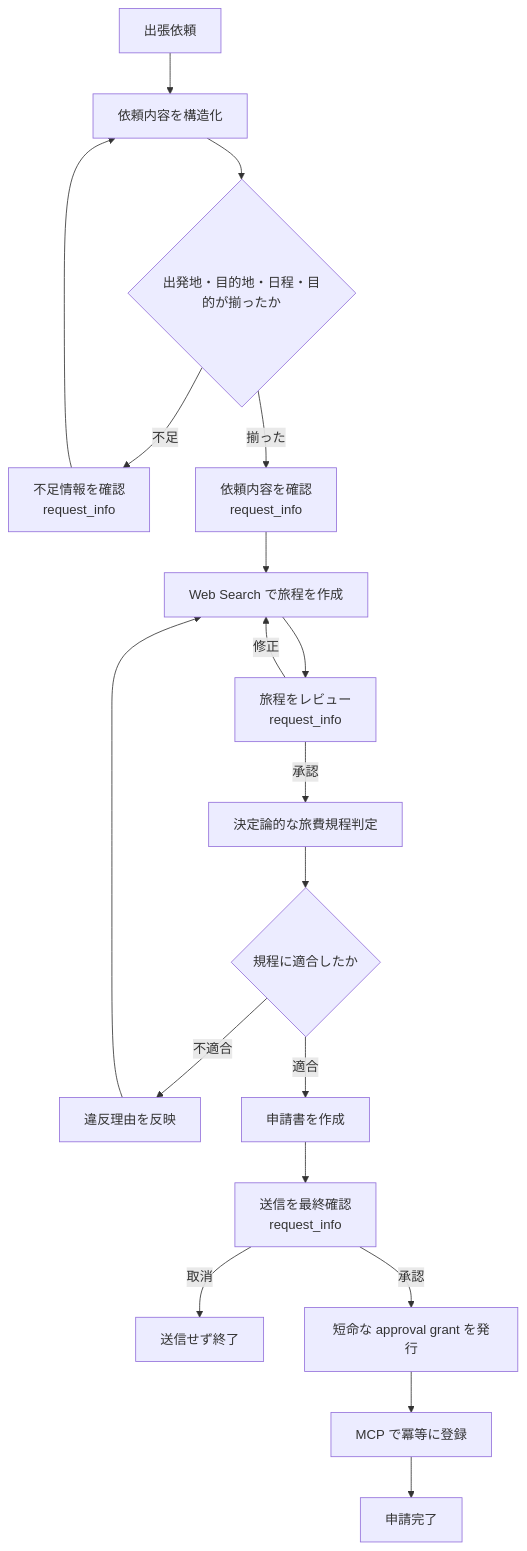
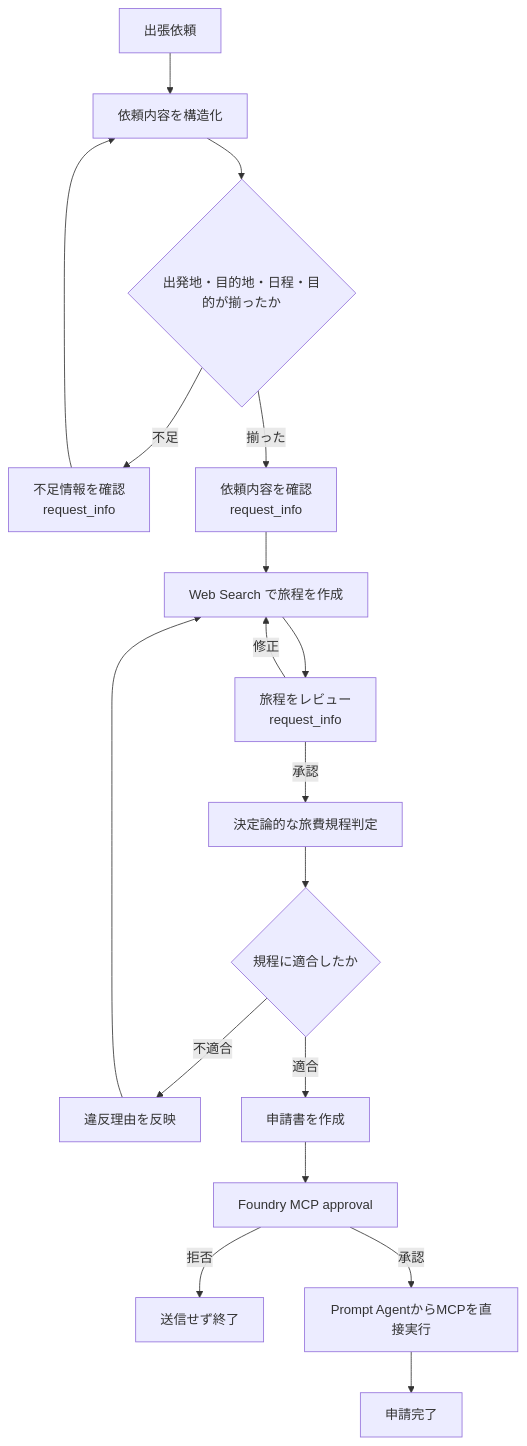
Before and after one commit to teshi22/grobal_azure_demo: the second of 2 diagrams in README.md, drawn with Mermaid. The commit also changed other lines of this file and 26 other files, not shown here.

Commit message:
feat: let prompt agent own MCP approval

````diff
--- a/README.md
+++ b/README.md
@@ -121,19 +123,18 @@
 ```mermaid
 flowchart TD
     Start["出張依頼"] --> Clarify["依頼内容を構造化"]
     Clarify --> Complete{"出発地・目的地・日程・目的が揃ったか"}
     Complete -->|不足| Ask["不足情報を確認<br/>request_info"] --> Clarify
     Complete -->|揃った| Confirm["依頼内容を確認<br/>request_info"]
     Confirm --> Plan["Web Search で旅程を作成"]
     Plan --> Review["旅程をレビュー<br/>request_info"]
     Review -->|修正| Plan
     Review -->|承認| Rules["決定論的な旅費規程判定"]
     Rules --> Compliant{"規程に適合したか"}
     Compliant -->|不適合| Replan["違反理由を反映"] --> Plan
     Compliant -->|適合| Document["申請書を作成"]
-    Document --> SubmitConfirm["送信を最終確認<br/>request_info"]
-    SubmitConfirm -->|取消| Cancel["送信せず終了"]
-    SubmitConfirm -->|承認| Grant["短命な approval grant を発行"]
-    Grant --> MCP["MCP で冪等に登録"]
+    Document --> MCPApproval["Foundry MCP approval"]
+    MCPApproval -->|拒否| Cancel["送信せず終了"]
+    MCPApproval -->|承認| MCP["Prompt AgentからMCPを直接実行"]
     MCP --> Done["申請完了"]
 ```
````
